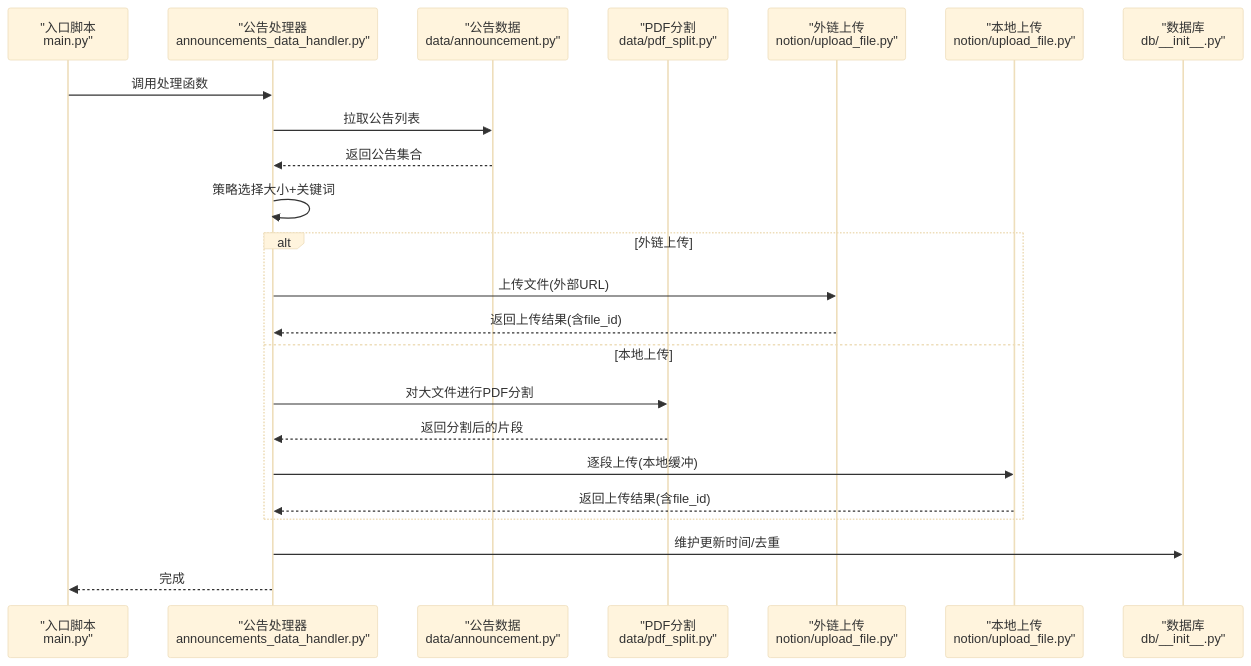
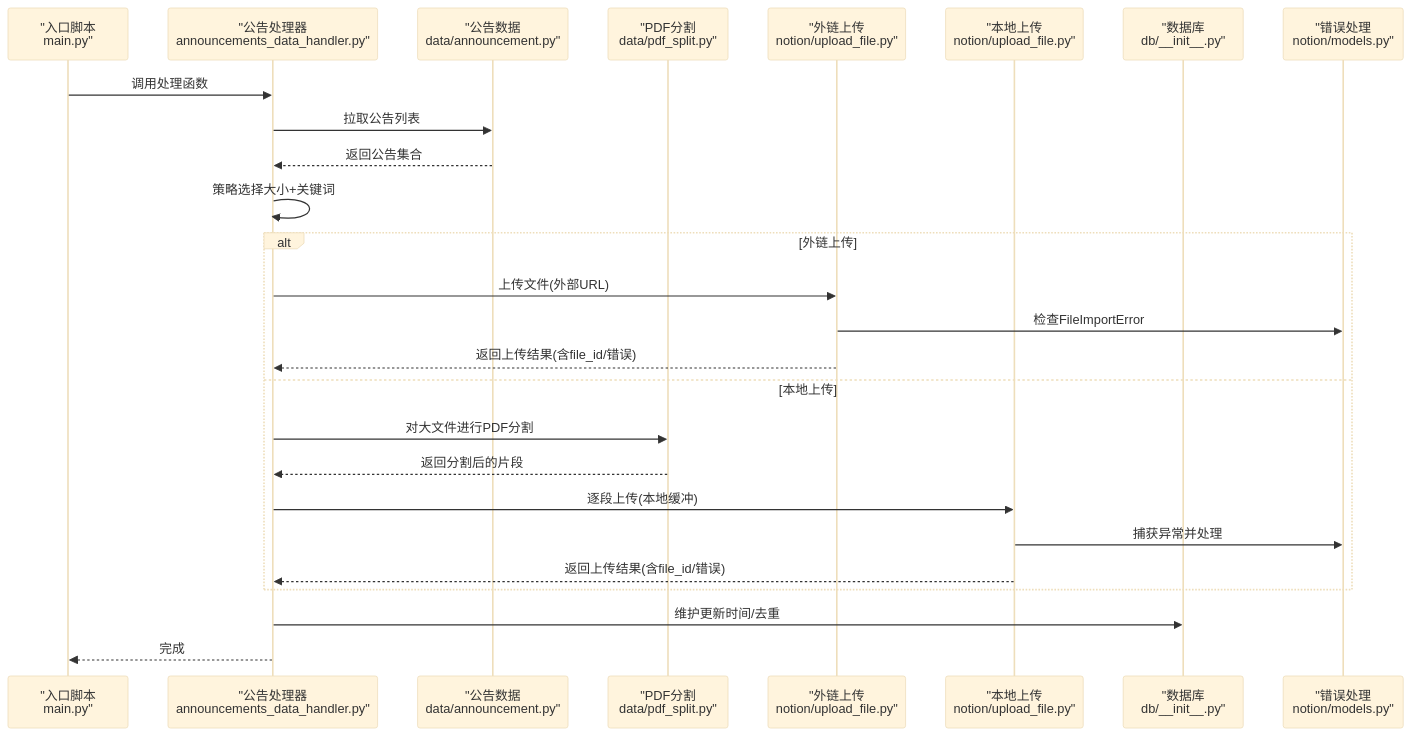
One commit to iverwong/DataLife changed the second of 9 diagrams in .qoder/repowiki/zh/content/核心模块详解/Notion集成模块/文件上传策略.md. Above: the diagram before and after it, drawn with Mermaid (base theme). The commit also changed other lines of this file and 14 other files, not shown here.

````diff
--- a/.qoder/repowiki/zh/content/核心模块详解/Notion集成模块/文件上传策略.md
+++ b/.qoder/repowiki/zh/content/核心模块详解/Notion集成模块/文件上传策略.md
@@ -80,25 +98,28 @@
 ```mermaid
 sequenceDiagram
 participant Entry as "入口脚本<br/>main.py"
 participant Handler as "公告处理器<br/>announcements_data_handler.py"
 participant Ann as "公告数据<br/>data/announcement.py"
 participant Split as "PDF分割<br/>data/pdf_split.py"
 participant UpExt as "外链上传<br/>notion/upload_file.py"
 participant UpLoc as "本地上传<br/>notion/upload_file.py"
 participant DB as "数据库<br/>db/__init__.py"
+participant Error as "错误处理<br/>notion/models.py"
 Entry->>Handler : 调用处理函数
 Handler->>Ann : 拉取公告列表
 Ann-->>Handler : 返回公告集合
 Handler->>Handler : 策略选择大小+关键词
 alt 外链上传
 Handler->>UpExt : 上传文件(外部URL)
-UpExt-->>Handler : 返回上传结果(含file_id)
+UpExt->>Error : 检查FileImportError
+UpExt-->>Handler : 返回上传结果(含file_id/错误)
 else 本地上传
 Handler->>Split : 对大文件进行PDF分割
 Split-->>Handler : 返回分割后的片段
 Handler->>UpLoc : 逐段上传(本地缓冲)
-UpLoc-->>Handler : 返回上传结果(含file_id)
+UpLoc->>Error : 捕获异常并处理
+UpLoc-->>Handler : 返回上传结果(含file_id/错误)
 end
 Handler->>DB : 维护更新时间/去重
 Handler-->>Entry : 完成
 ```
````
